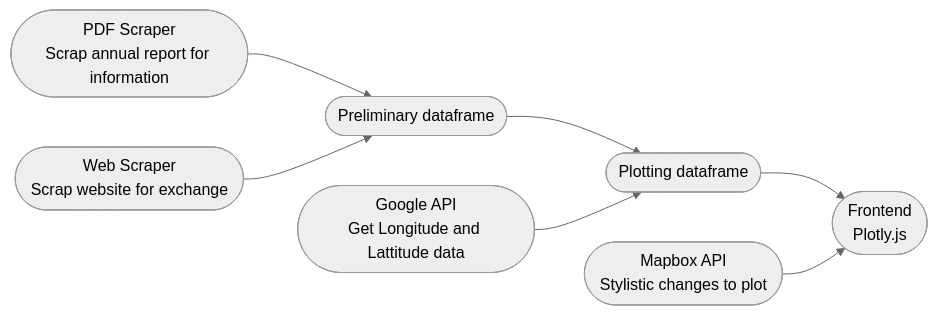
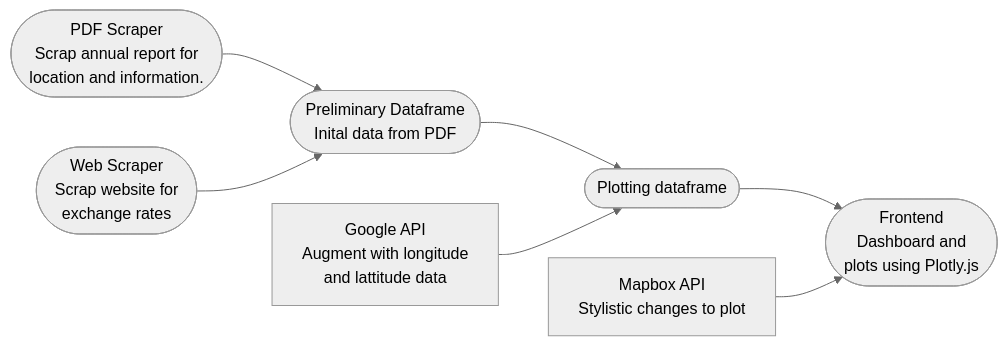
Before and after one commit to marmal88/Reits-Analytics: the diagram in README.md, drawn with Mermaid (neutral theme). The commit also changed other lines of this file, not shown here.

````diff
--- a/README.md
+++ b/README.md
@@ -88,11 +100,11 @@
 ```mermaid
 graph LR;
- A([PDF Scraper</br>Scrap annual report for information])-->D
- B([Web Scraper</br>Scrap website for exchange])-->D
- D([Preliminary dataframe])-->F
- E([Google API</br>Get Longitude and Lattitude data])-->F
+ A([PDF Scraper</br>Scrap annual report for</br> location and information.])-->D
+ B([Web Scraper</br>Scrap website for </br> exchange rates])-->D
+ D([Preliminary Dataframe</br> Inital data from PDF])-->F
+ E[Google API</br>Augment with longitude </br>and lattitude data]-->F
  F([Plotting dataframe])-->G
- G([Frontend</br>Plotly.js])
+ G([Frontend</br>Dashboard and</br> plots using Plotly.js])
 
- H([Mapbox API</br>Stylistic changes to plot])-->G
+ H[Mapbox API</br>Stylistic changes to plot]-->G
 ```
````
